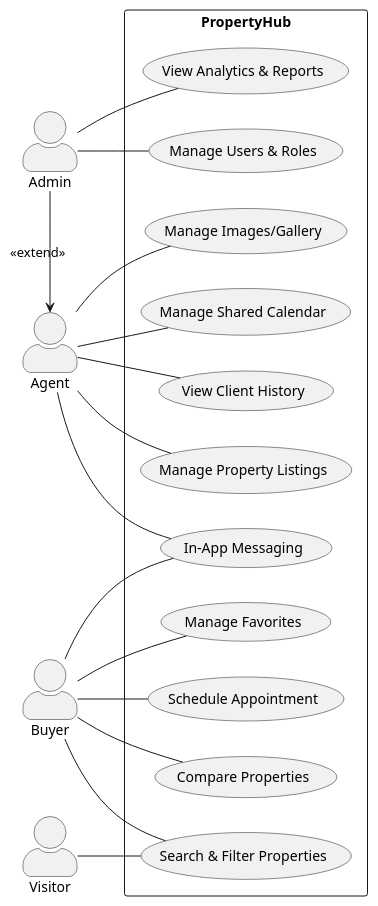
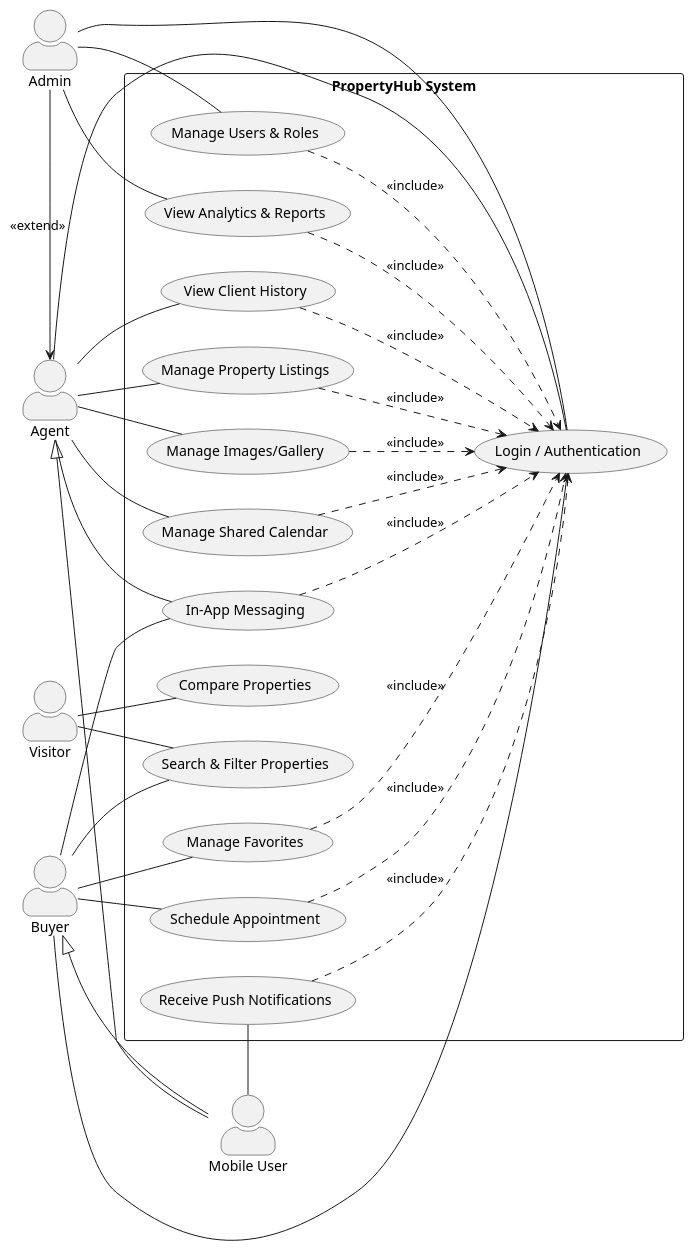
The diagram in UseCase/global_UseCase.puml (AZIZ-Soufiane/PropertyHub-PFE), drawn with PlantUML before and after one commit. The commit also changed 1 other file, not shown here.

```diff
--- a/UseCase/global_UseCase.puml
+++ b/UseCase/global_UseCase.puml
@@ -1,46 +1,75 @@
 @startuml
 left to right direction
 skinparam packageStyle rectangle
 skinparam shadowing false
 skinparam actorStyle awesome
 
 actor "Visitor"          as Vis
 actor "Buyer"            as Client
 actor "Agent"            as Agent
 actor "Admin"            as Admin
+actor "Mobile User"      as Mob
 
-rectangle "PropertyHub" {
+rectangle "PropertyHub System" {
 
+    (Login / Authentication)        as UC0
     (Search & Filter Properties)    as UC1
     (Compare Properties)            as UC2
     (Manage Favorites)              as UC3
     (Schedule Appointment)          as UC4
     (In-App Messaging)              as UC5
     (Manage Property Listings)      as UC6
     (Manage Images/Gallery)         as UC7
     (Manage Shared Calendar)        as UC8
     (View Client History)           as UC9
     (Manage Users & Roles)          as UC10
     (View Analytics & Reports)      as UC11
+    (Receive Push Notifications)    as UC12
 }
 
+' Basic Access
 Vis    -- UC1
+Vis    -- UC2
+
+' Secured Buyer Actions
+Client -- UC0
 Client -- UC1
-Client -- UC2
 Client -- UC3
 Client -- UC4
 Client -- UC5
 
+' Secured Agent Actions
+Agent  -- UC0
 Agent  -- UC5
 Agent  -- UC6
 Agent  -- UC7
 Agent  -- UC8
 Agent  -- UC9
 
+' Secured Admin Actions
+Admin  -- UC0
 Admin  -- UC10
 Admin  -- UC11
 
-' Admin inherits/extends all Agent permissions
+' Mobile Specific
+Mob    -- UC12
+Client <|-- Mob
+Agent  <|-- Mob
+
+' Includes (Security Requirement)
+UC3  ..> UC0 : <<include>>
+UC4  ..> UC0 : <<include>>
+UC5  ..> UC0 : <<include>>
+UC6  ..> UC0 : <<include>>
+UC7  ..> UC0 : <<include>>
+UC8  ..> UC0 : <<include>>
+UC9  ..> UC0 : <<include>>
+UC10 ..> UC0 : <<include>>
+UC11 ..> UC0 : <<include>>
+UC12 ..> UC0 : <<include>>
+
+' Admin inherits Agent permissions
 Admin -right-> Agent : <<extend>>
 
+
 @enduml
```
